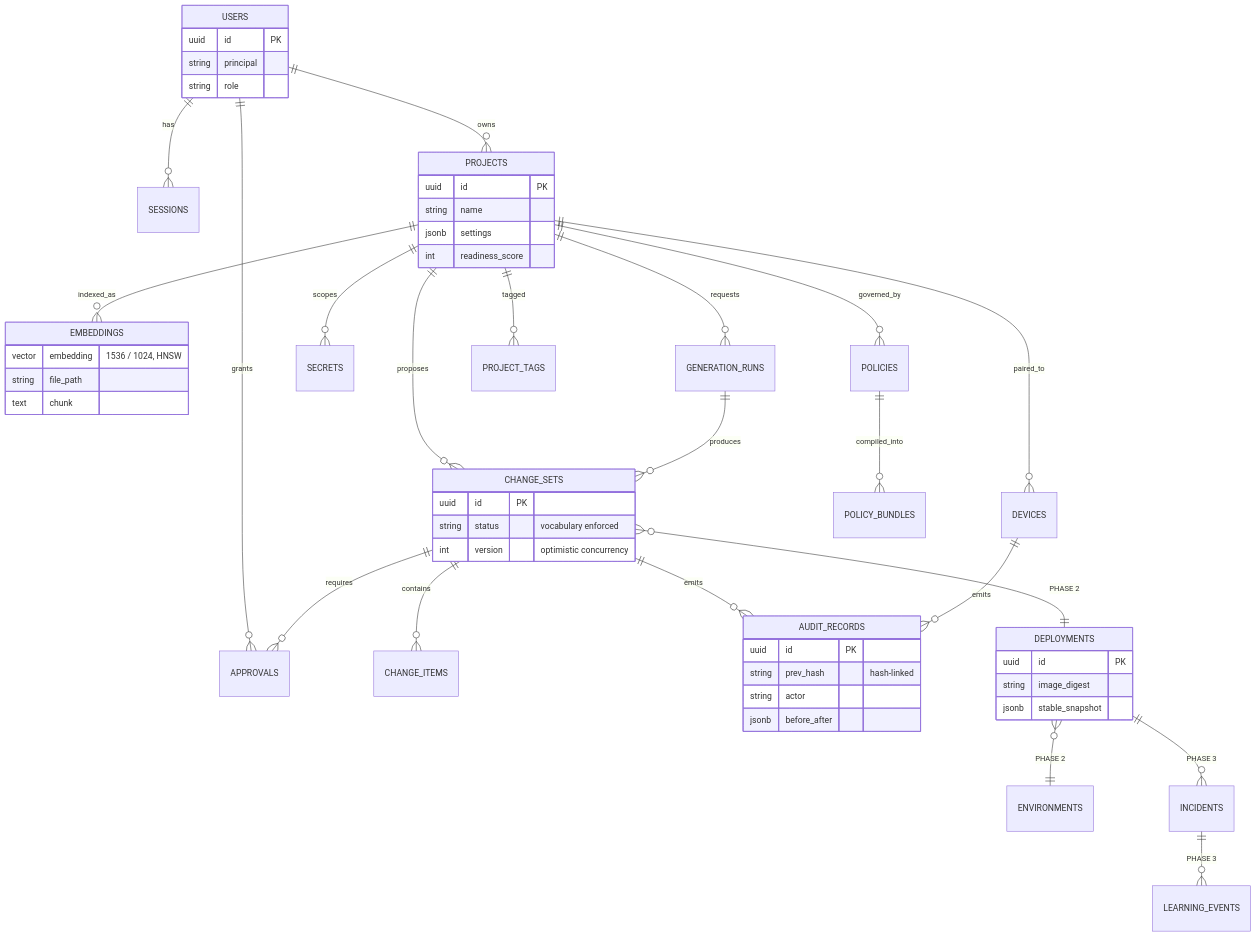
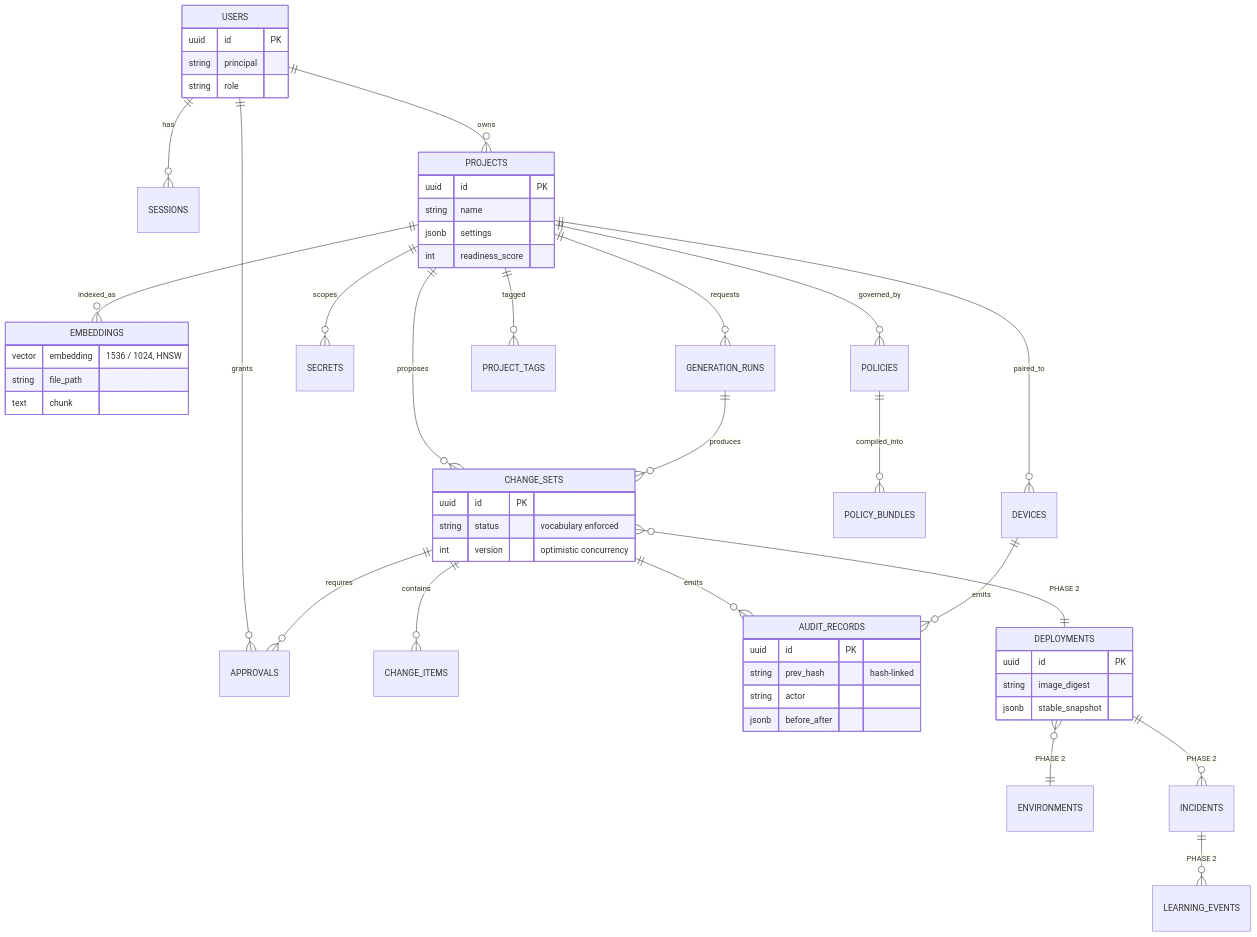
The fifth of 5 diagrams in docs/architecture-complete-platform.md (parag2-8487/forgeops), drawn with Mermaid before and after one commit. The commit also changed other lines of this file and 24 other files, not shown here.

````diff
--- a/docs/architecture-complete-platform.md
+++ b/docs/architecture-complete-platform.md
@@ -415,57 +411,57 @@
 ```mermaid
 erDiagram
     USERS ||--o{ SESSIONS : has
     USERS ||--o{ PROJECTS : owns
     USERS ||--o{ APPROVALS : grants
     PROJECTS ||--o{ DEVICES : paired_to
     PROJECTS ||--o{ EMBEDDINGS : indexed_as
     PROJECTS ||--o{ CHANGE_SETS : proposes
     PROJECTS ||--o{ GENERATION_RUNS : requests
     PROJECTS ||--o{ SECRETS : scopes
     PROJECTS ||--o{ POLICIES : governed_by
     PROJECTS ||--o{ PROJECT_TAGS : tagged
     CHANGE_SETS ||--o{ CHANGE_ITEMS : contains
     CHANGE_SETS ||--o{ APPROVALS : requires
     CHANGE_SETS ||--o{ AUDIT_RECORDS : emits
     GENERATION_RUNS ||--o{ CHANGE_SETS : produces
     POLICIES ||--o{ POLICY_BUNDLES : compiled_into
     DEVICES ||--o{ AUDIT_RECORDS : emits
 
     CHANGE_SETS o{--|| DEPLOYMENTS : "PHASE 2"
     DEPLOYMENTS }o--|| ENVIRONMENTS : "PHASE 2"
-    DEPLOYMENTS ||--o{ INCIDENTS : "PHASE 3"
-    INCIDENTS ||--o{ LEARNING_EVENTS : "PHASE 3"
+    DEPLOYMENTS ||--o{ INCIDENTS : "PHASE 2"
+    INCIDENTS ||--o{ LEARNING_EVENTS : "PHASE 2"
 
     USERS {
         uuid id PK
         string principal
         string role
     }
     PROJECTS {
         uuid id PK
         string name
         jsonb settings
         int readiness_score
     }
     EMBEDDINGS {
         vector embedding "1536 / 1024, HNSW"
         string file_path
         text chunk
     }
     CHANGE_SETS {
         uuid id PK
         string status "vocabulary enforced"
         int version "optimistic concurrency"
     }
     AUDIT_RECORDS {
         uuid id PK
         string prev_hash "hash-linked"
         string actor
         jsonb before_after
     }
     DEPLOYMENTS {
         uuid id PK
         string image_digest
         jsonb stable_snapshot
     }
 ```
````
